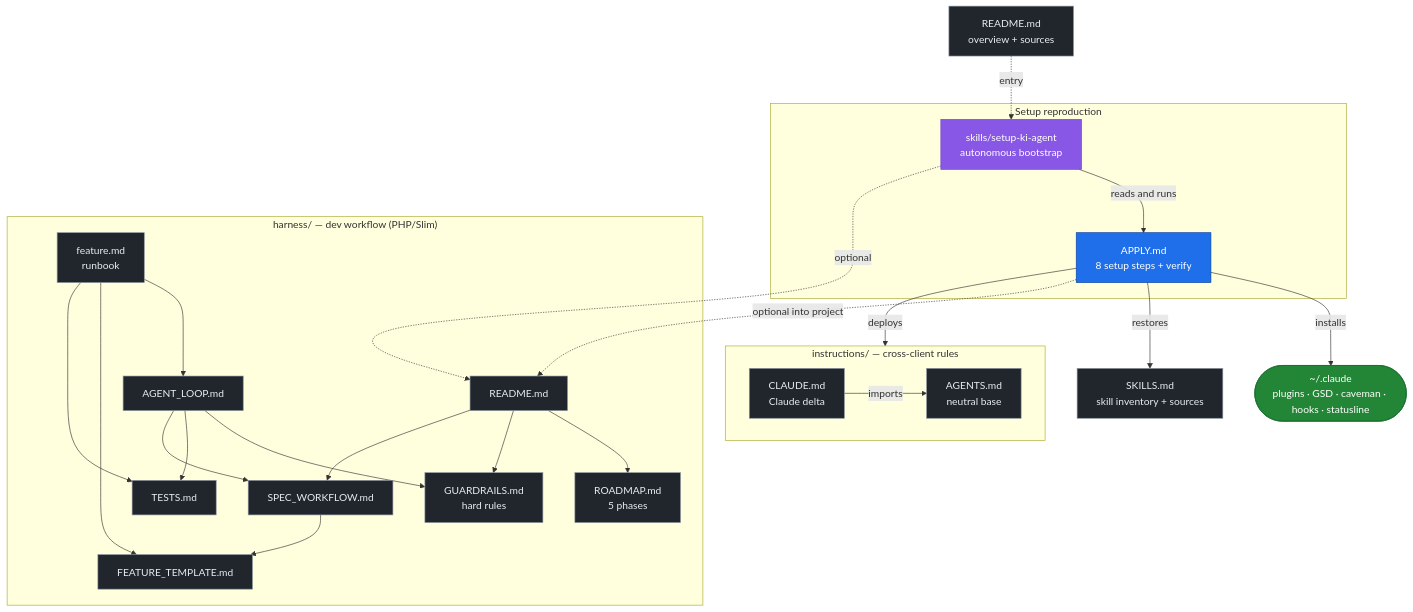
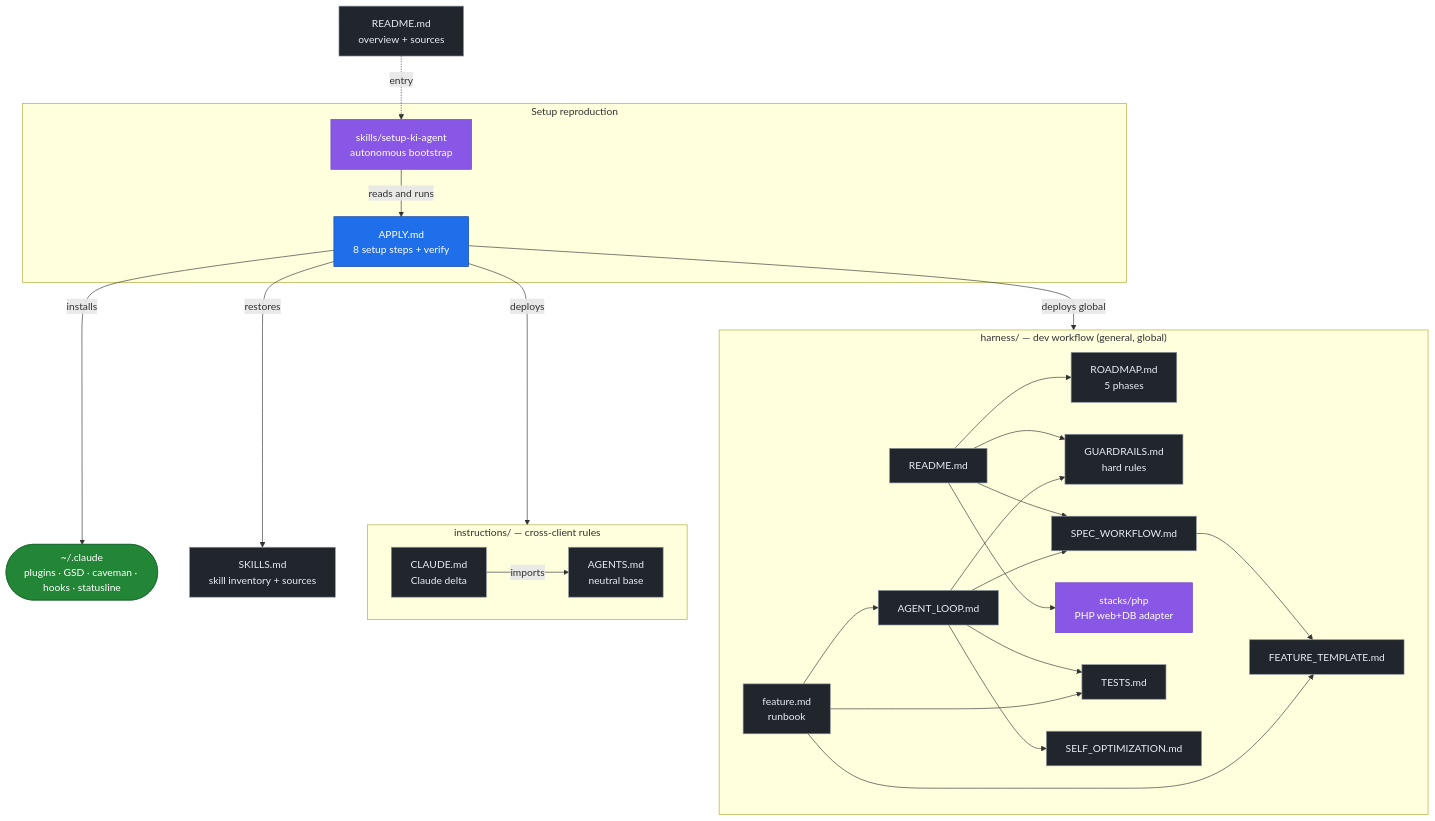
One commit to derivo/ki-agent-setup changed the diagram in README.en.md. Above: the diagram before and after it, drawn with Mermaid. The commit also changed other lines of this file and 13 other files, not shown here.

First line of the commit message:
Make harness general-purpose + global; PHP specifics into stack adapter

````diff
--- a/README.en.md
+++ b/README.en.md
@@ -18,46 +18,47 @@
 ```mermaid
 flowchart TD
     README["README.md<br/>overview + sources"]:::doc
 
     subgraph SETUP[" Setup reproduction "]
         SKILL["skills/setup-ki-agent<br/>autonomous bootstrap"]:::skill
         APPLY["APPLY.md<br/>8 setup steps + verify"]:::core
         SKILL -->|reads and runs| APPLY
     end
 
     subgraph INSTR[" instructions/ — cross-client rules "]
         AGENTS["AGENTS.md<br/>neutral base"]:::doc
         CLAUDE["CLAUDE.md<br/>Claude delta"]:::doc
         CLAUDE -->|imports| AGENTS
     end
 
     SKILLS["SKILLS.md<br/>skill inventory + sources"]:::doc
     TOOLS(["~/.claude<br/>plugins · GSD · caveman · hooks · statusline"]):::target
 
-    subgraph HARN[" harness/ — dev workflow (PHP/Slim) "]
+    subgraph HARN[" harness/ — dev workflow (general, global) "]
         HREADME["README.md"]:::doc
         ROADMAP["ROADMAP.md<br/>5 phases"]:::doc
         GUARD["GUARDRAILS.md<br/>hard rules"]:::doc
         SPECW["SPEC_WORKFLOW.md"]:::doc
         FEATT["FEATURE_TEMPLATE.md"]:::doc
         TESTS["TESTS.md"]:::doc
         LOOP["AGENT_LOOP.md"]:::doc
+        SELF["SELF_OPTIMIZATION.md"]:::doc
         FEAT["feature.md<br/>runbook"]:::doc
-        HREADME --> ROADMAP & GUARD & SPECW
+        PHPAD["stacks/php<br/>PHP web+DB adapter"]:::skill
+        HREADME --> ROADMAP & GUARD & SPECW & PHPAD
         SPECW --> FEATT
-        LOOP --> GUARD & TESTS & SPECW
+        LOOP --> GUARD & TESTS & SPECW & SELF
         FEAT --> LOOP & FEATT & TESTS
     end
 
     README -. entry .-> SKILL
     APPLY -->|deploys| INSTR
     APPLY -->|installs| TOOLS
     APPLY -->|restores| SKILLS
-    APPLY -. optional into project .-> HREADME
-    SKILL -. optional .-> HREADME
+    APPLY -->|deploys global| HARN
 
     classDef core fill:#1f6feb,stroke:#0d419d,color:#fff;
     classDef skill fill:#8957e5,stroke:#6e40c9,color:#fff;
     classDef doc fill:#21262d,stroke:#8b949e,color:#e6edf3;
     classDef target fill:#238636,stroke:#196c2e,color:#fff;
 ```
````
